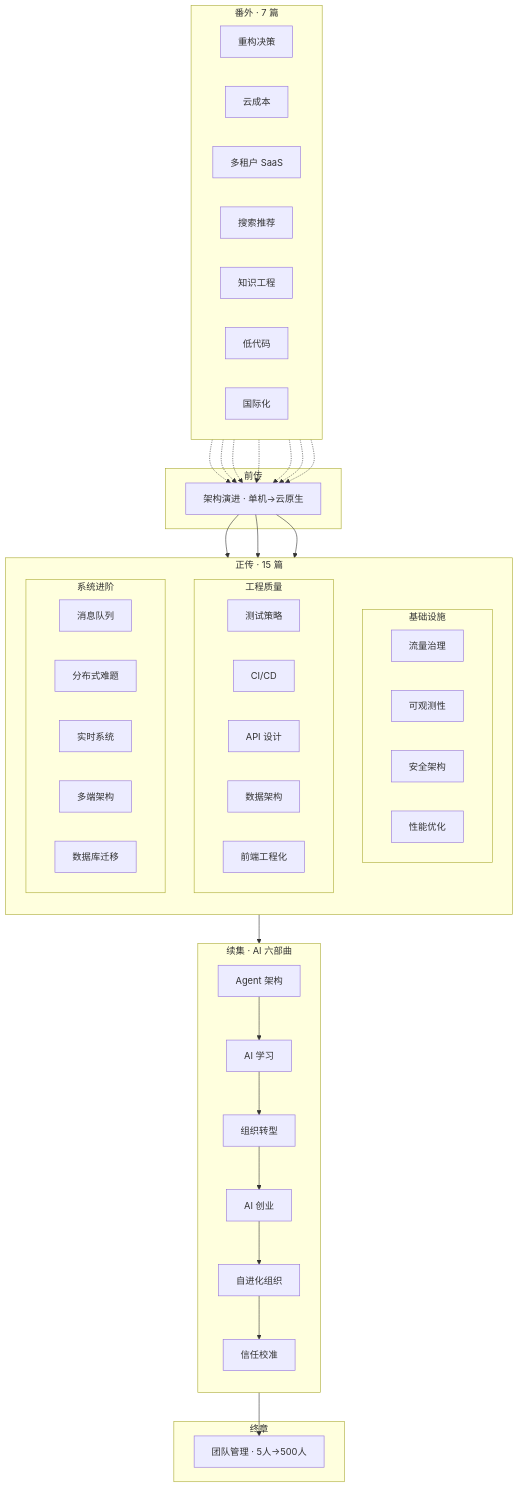
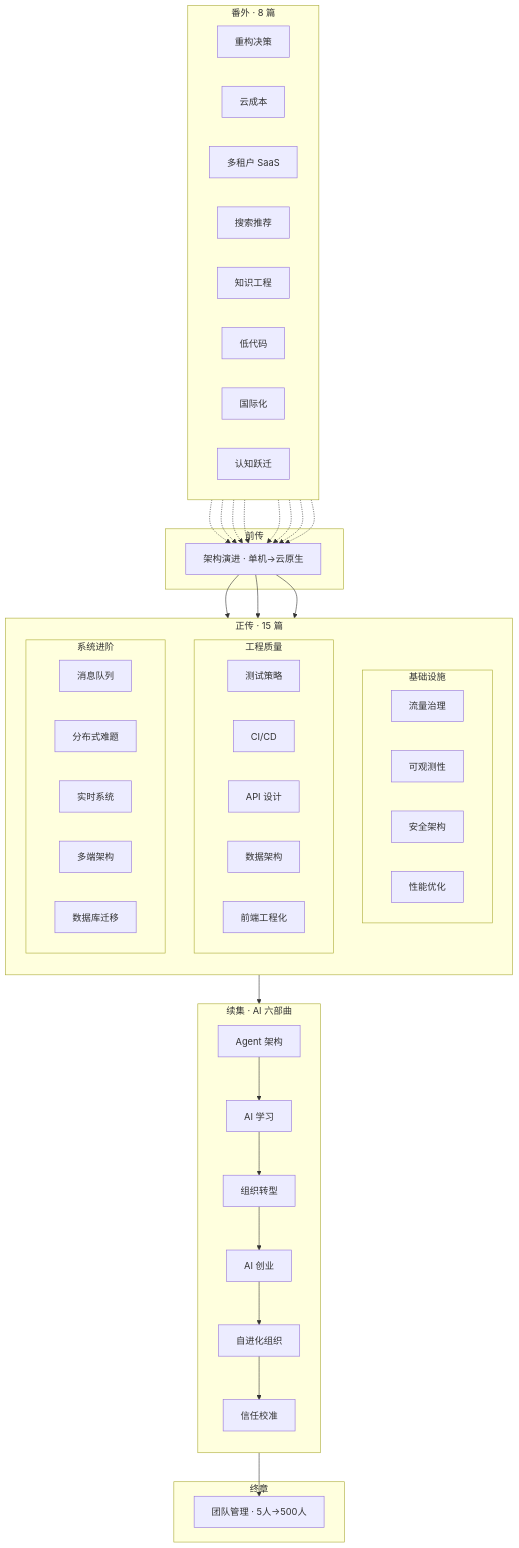
Before and after one commit to wb04307201/wb04307201: the diagram in note/14.story/index.md, drawn with Mermaid. The commit also changed other lines of this file and 7 other files, not shown here.

````diff
--- a/note/14.story/index.md
+++ b/note/14.story/index.md
@@ -12,70 +12,72 @@
 ```mermaid
 graph TB
     subgraph prequel["前传"]
         A["架构演进 · 单机→云原生"]
     end
 
     subgraph main["正传 · 15 篇"]
         direction TB
         subgraph infra["基础设施"]
             direction LR
             B1["流量治理"]
             B2["可观测性"]
             B3["安全架构"]
             B4["性能优化"]
         end
         subgraph eng["工程质量"]
             direction LR
             C1["测试策略"]
             C2["CI/CD"]
             C3["API 设计"]
             C4["数据架构"]
             C5["前端工程化"]
         end
         subgraph adv["系统进阶"]
             direction LR
             D1["消息队列"]
             D2["分布式难题"]
             D3["实时系统"]
             D4["多端架构"]
             D5["数据库迁移"]
         end
     end
 
     subgraph sequel["续集 · AI 六部曲"]
         direction TB
         H1["Agent 架构"] --> H2["AI 学习"]
         H2 --> H3["组织转型"]
         H3 --> H4["AI 创业"]
         H4 --> H5["自进化组织"]
         H5 --> H6["信任校准"]
     end
 
     subgraph finale["终章"]
         I1["团队管理 · 5人→500人"]
     end
 
-    subgraph extra["番外 · 7 篇"]
+    subgraph extra["番外 · 8 篇"]
         direction LR
         J1["重构决策"]
         J2["云成本"]
         J3["多租户 SaaS"]
         J4["搜索推荐"]
         J5["知识工程"]
         J6["低代码"]
         J7["国际化"]
+        J8["认知跃迁"]
     end
 
     A --> infra
     A --> eng
     A --> adv
     adv --> sequel
     sequel --> I1
     J1 -.-> A
     J2 -.-> A
     J3 -.-> A
     J4 -.-> A
     J5 -.-> A
     J6 -.-> A
     J7 -.-> A
+    J8 -.-> A
 ```
````
